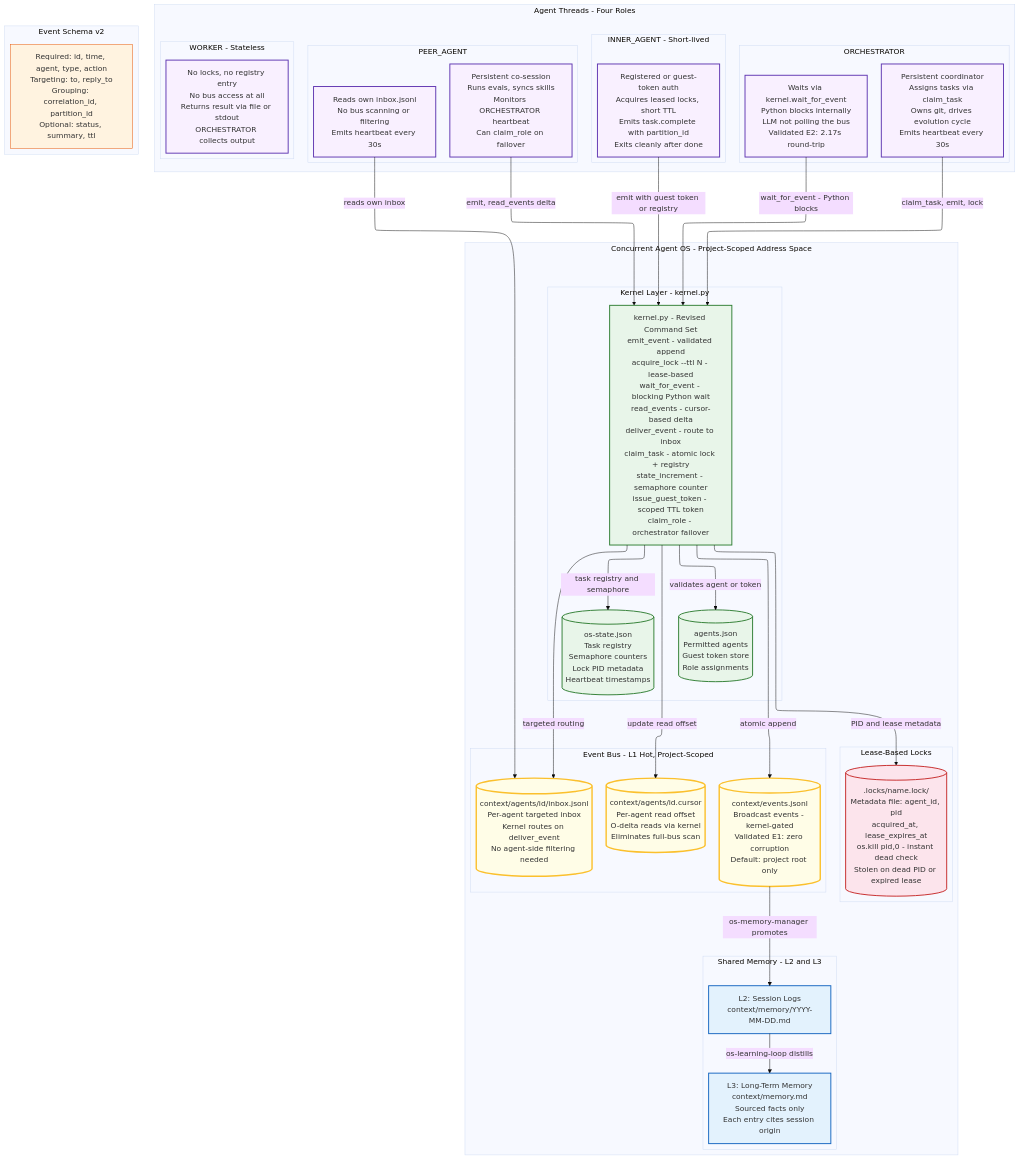
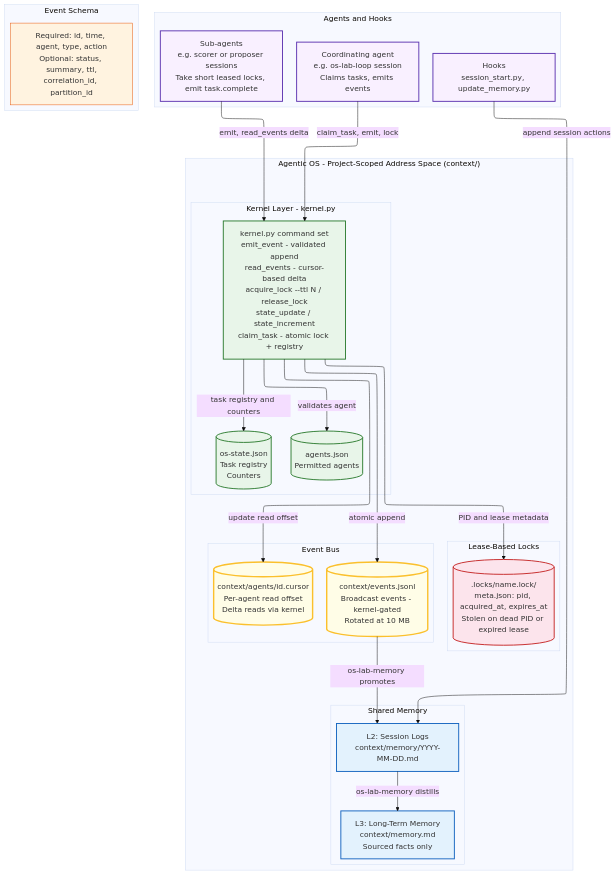
Before and after one commit to richfrem/agent-plugins-skills: the diagram in plugins/agent-agentic-os/assets/diagrams/architecture-overview.mmd, drawn with Mermaid. The commit also changed 943 other files, not shown here.

First line of the commit message:
refactor(agent-agentic-os): consolidate into os-control-* and os-lab-* clusters (#697)

```diff
--- a/plugins/agent-agentic-os/assets/diagrams/architecture-overview.mmd
+++ b/plugins/agent-agentic-os/assets/diagrams/architecture-overview.mmd
@@ -1,97 +1,78 @@
 ---
 config:
   layout: elk
   theme: base
 ---
 
-%% Concurrent Agent Loop - Architecture Overview v2
-%% Revised after 4-model red team review: Claude 4.6, Grok 4, GPT-5, Gemini 2.5 Pro
-%% Key changes: lease locks, blocking wait, cursor consumption, per-agent inboxes,
-%% guest tokens, atomic task claiming, ORCHESTRATOR failover, project-scoped bus
+%% Agentic OS kernel - architecture overview
+%% Matches scripts/kernel.py: acquire_lock, release_lock, emit_event, read_events,
+%% state_update, state_increment, claim_task. Files: events.jsonl, .locks/, os-state.json,
+%% agents.json, agents/<id>.cursor. Wait/inbox/guest-token/failover design ideas from the
+%% earlier red-team revision are not implemented and are no longer drawn.
 
 flowchart TB
 
-  subgraph OS ["Concurrent Agent OS - Project-Scoped Address Space"]
+  subgraph OS ["Agentic OS - Project-Scoped Address Space (context/)"]
     direction TB
 
     subgraph KernelLayer ["Kernel Layer - kernel.py"]
       direction LR
-      KernelPy["kernel.py - Revised Command Set<BR>emit_event - validated append<BR>acquire_lock --ttl N - lease-based<BR>wait_for_event - blocking Python wait<BR>read_events - cursor-based delta<BR>deliver_event - route to inbox<BR>claim_task - atomic lock + registry<BR>state_increment - semaphore counter<BR>issue_guest_token - scoped TTL token<BR>claim_role - orchestrator failover"]
-      AgentReg[("agents.json<BR>Permitted agents<BR>Guest token store<BR>Role assignments")]
-      OSState[("os-state.json<BR>Task registry<BR>Semaphore counters<BR>Lock PID metadata<BR>Heartbeat timestamps")]
+      KernelPy["kernel.py command set<BR>emit_event - validated append<BR>read_events - cursor-based delta<BR>acquire_lock --ttl N / release_lock<BR>state_update / state_increment<BR>claim_task - atomic lock + registry"]
+      AgentReg[("agents.json<BR>Permitted agents")]
+      OSState[("os-state.json<BR>Task registry<BR>Counters")]
     end
 
-    subgraph BusLayer ["Event Bus - L1 Hot, Project-Scoped"]
-      EventBus[("context/events.jsonl<BR>Broadcast events - kernel-gated<BR>Validated E1: zero corruption<BR>Default: project root only")]
-      Cursors[("context/agents/id.cursor<BR>Per-agent read offset<BR>O-delta reads via kernel<BR>Eliminates full-bus scan")]
-      Inboxes[("context/agents/id/inbox.jsonl<BR>Per-agent targeted inbox<BR>Kernel routes on deliver_event<BR>No agent-side filtering needed")]
+    subgraph BusLayer ["Event Bus"]
+      EventBus[("context/events.jsonl<BR>Broadcast events - kernel-gated<BR>Rotated at 10 MB")]
+      Cursors[("context/agents/id.cursor<BR>Per-agent read offset<BR>Delta reads via kernel")]
     end
 
     subgraph LockLayer ["Lease-Based Locks"]
-      Locks[(".locks/name.lock/<BR>Metadata file: agent_id, pid<BR>acquired_at, lease_expires_at<BR>os.kill pid,0 - instant dead check<BR>Stolen on dead PID or expired lease")]
+      Locks[(".locks/name.lock/<BR>meta.json: pid, acquired_at, expires_at<BR>Stolen on dead PID or expired lease")]
     end
 
-    subgraph MemoryLayers ["Shared Memory - L2 and L3"]
+    subgraph MemoryLayers ["Shared Memory"]
       direction LR
       L2["L2: Session Logs<BR>context/memory/YYYY-MM-DD.md"]
-      L3["L3: Long-Term Memory<BR>context/memory.md<BR>Sourced facts only<BR>Each entry cites session origin"]
+      L3["L3: Long-Term Memory<BR>context/memory.md<BR>Sourced facts only"]
     end
 
   end
 
-  subgraph Agents ["Agent Threads - Four Roles"]
+  subgraph Agents ["Agents and Hooks"]
     direction LR
-
-    subgraph ORC ["ORCHESTRATOR"]
-      ORC_Role["Persistent coordinator<BR>Assigns tasks via claim_task<BR>Owns git, drives evolution cycle<BR>Emits heartbeat every 30s"]
-      ORC_Wait["Waits via kernel.wait_for_event<BR>Python blocks internally<BR>LLM not polling the bus<BR>Validated E2: 2.17s round-trip"]
-    end
-
-    subgraph PEER ["PEER_AGENT"]
-      PEER_Role["Persistent co-session<BR>Runs evals, syncs skills<BR>Monitors ORCHESTRATOR heartbeat<BR>Can claim_role on failover"]
-      PEER_In["Reads own inbox.jsonl<BR>No bus scanning or filtering<BR>Emits heartbeat every 30s"]
-    end
-
-    subgraph IA ["INNER_AGENT - Short-lived"]
-      IA_Role["Registered or guest-token auth<BR>Acquires leased locks, short TTL<BR>Emits task.complete with partition_id<BR>Exits cleanly after done"]
-    end
-
-    subgraph WK ["WORKER - Stateless"]
-      WK_Role["No locks, no registry entry<BR>No bus access at all<BR>Returns result via file or stdout<BR>ORCHESTRATOR collects output"]
-    end
-
+    LOOP["Coordinating agent<BR>e.g. os-lab-loop session<BR>Claims tasks, emits events"]
+    SUB["Sub-agents<BR>e.g. scorer or proposer sessions<BR>Take short leased locks, emit task.complete"]
+    HOOKS["Hooks<BR>session_start.py, update_memory.py"]
   end
 
-  subgraph Schema ["Event Schema v2"]
-    SchemaBox["Required: id, time, agent, type, action<BR>Targeting: to, reply_to<BR>Grouping: correlation_id, partition_id<BR>Optional: status, summary, ttl"]
+  subgraph Schema ["Event Schema"]
+    SchemaBox["Required: id, time, agent, type, action<BR>Optional: status, summary, ttl,<BR>correlation_id, partition_id"]
   end
 
-  ORC_Role -- "claim_task, emit, lock" --> KernelPy
-  ORC_Wait -- "wait_for_event - Python blocks" --> KernelPy
-  PEER_Role -- "emit, read_events delta" --> KernelPy
-  PEER_In -- "reads own inbox" --> Inboxes
-  IA_Role -- "emit with guest token or registry" --> KernelPy
+  LOOP -- "claim_task, emit, lock" --> KernelPy
+  SUB -- "emit, read_events delta" --> KernelPy
+  HOOKS -- "append session actions" --> L2
 
   KernelPy -- "atomic append" --> EventBus
-  KernelPy -- "targeted routing" --> Inboxes
   KernelPy -- "update read offset" --> Cursors
-  KernelPy -- "validates agent or token" --> AgentReg
-  KernelPy -- "task registry and semaphore" --> OSState
+  KernelPy -- "validates agent" --> AgentReg
+  KernelPy -- "task registry and counters" --> OSState
   KernelPy -- "PID and lease metadata" --> Locks
 
-  EventBus -- "os-memory-manager promotes" --> L2
-  L2 -- "os-learning-loop distills" --> L3
+  EventBus -- "os-lab-memory promotes" --> L2
+  L2 -- "os-lab-memory distills" --> L3
 
   classDef agentRole fill:#f9f0ff,stroke:#5e35b1,stroke-width:2px
   classDef kernel fill:#e8f5e9,stroke:#2e7d32,stroke-width:2px
   classDef bus fill:#fffde7,stroke:#fbc02d,stroke-width:3px
   classDef lock fill:#fce4ec,stroke:#c62828,stroke-width:2px
   classDef mem fill:#e3f2fd,stroke:#1565c0,stroke-width:2px
   classDef schema fill:#fff3e0,stroke:#e65100,stroke-width:1px
 
-  class ORC_Role,ORC_Wait,PEER_Role,PEER_In,IA_Role,WK_Role agentRole
+  class LOOP,SUB,HOOKS agentRole
   class KernelPy,AgentReg,OSState kernel
-  class EventBus,Cursors,Inboxes bus
+  class EventBus,Cursors bus
   class Locks lock
   class L2,L3 mem
   class SchemaBox schema
```
